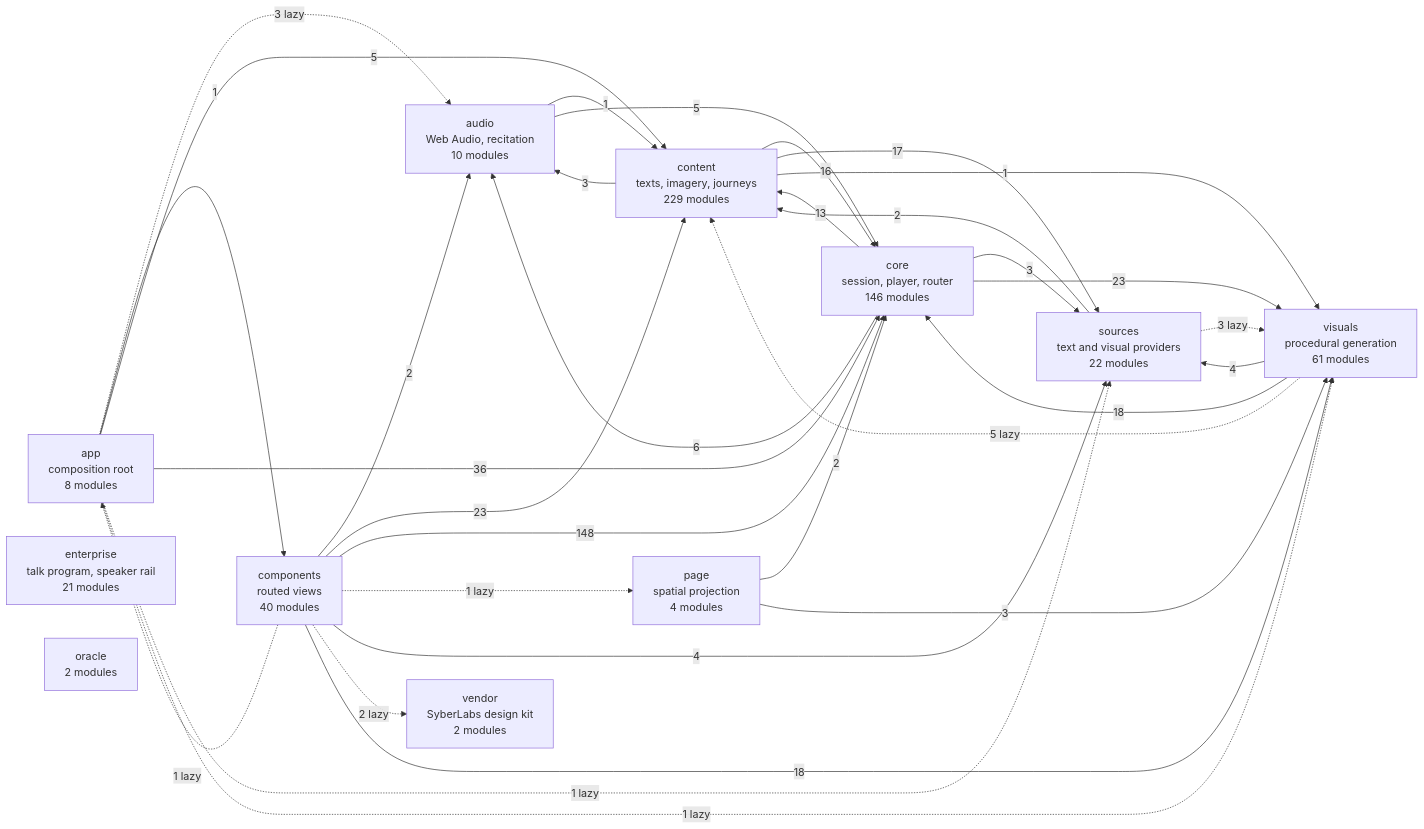
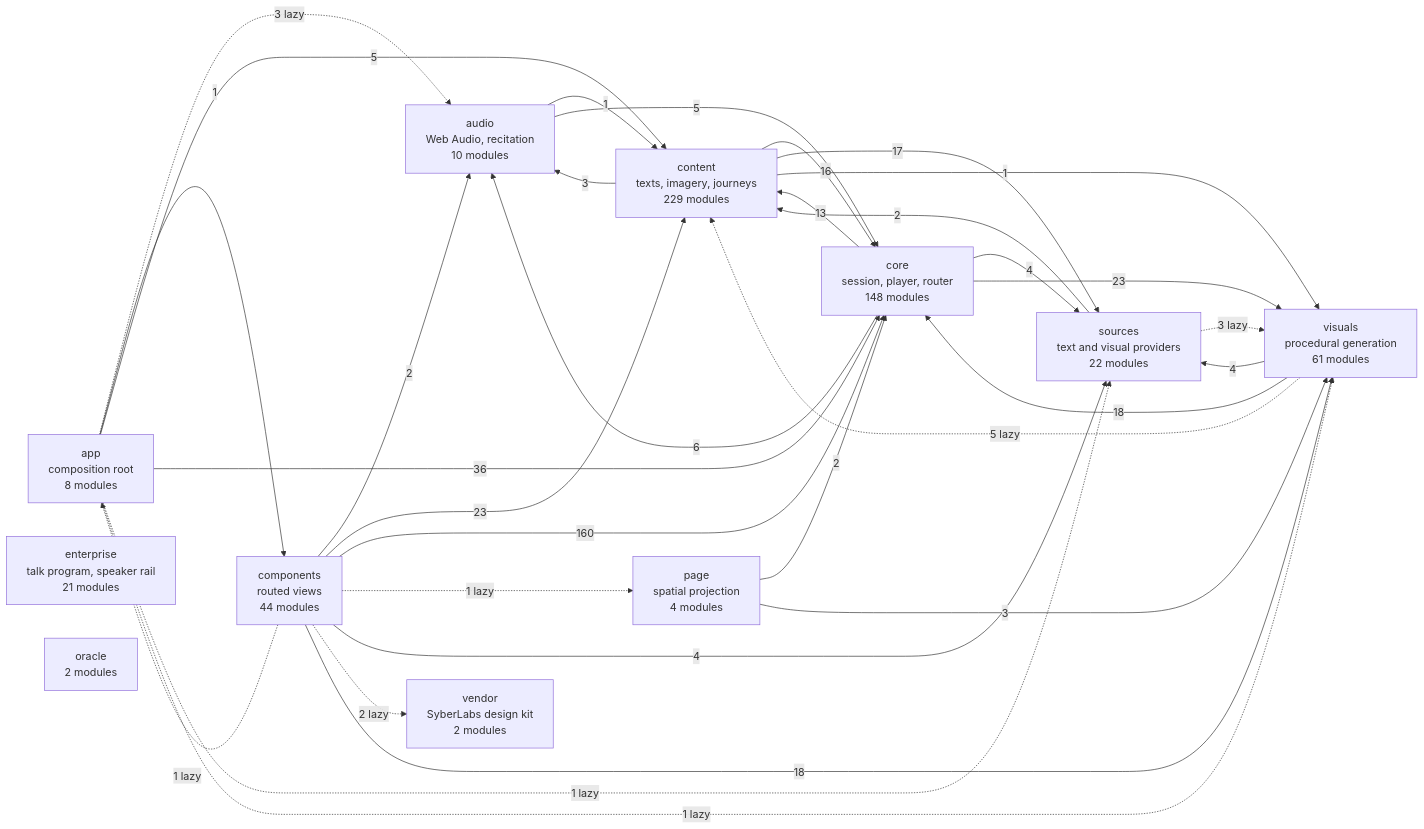
One commit to SyberLabs/RISE changed the diagram in docs/specs/ARCHITECTURE.md. Above: the diagram before and after it, drawn with Mermaid. The commit also changed 44 other files, not shown here.

First line of the commit message:
On a phone, the visual is chosen by looking at it, and a sequence is a stack of scenes (#172)

````diff
--- a/docs/specs/ARCHITECTURE.md
+++ b/docs/specs/ARCHITECTURE.md
@@ -160,46 +160,46 @@
 ```mermaid
 flowchart LR
     app["app<br/>composition root<br/>8 modules"]
     audio["audio<br/>Web Audio, recitation<br/>10 modules"]
-    components["components<br/>routed views<br/>40 modules"]
+    components["components<br/>routed views<br/>44 modules"]
     content["content<br/>texts, imagery, journeys<br/>229 modules"]
-    core["core<br/>session, player, router<br/>146 modules"]
+    core["core<br/>session, player, router<br/>148 modules"]
     enterprise["enterprise<br/>talk program, speaker rail<br/>21 modules"]
     oracle["oracle<br/>2 modules"]
     page["page<br/>spatial projection<br/>4 modules"]
     sources["sources<br/>text and visual providers<br/>22 modules"]
     vendor["vendor<br/>SyberLabs design kit<br/>2 modules"]
     visuals["visuals<br/>procedural generation<br/>61 modules"]
 
     app -.-> |3 lazy| audio
     app --> |1| components
     app --> |5| content
     app --> |36| core
     app -.-> |1 lazy| sources
     app -.-> |1 lazy| visuals
     audio --> |1| content
     audio --> |5| core
     components -.-> |1 lazy| app
     components --> |2| audio
     components --> |23| content
-    components --> |148| core
+    components --> |160| core
     components -.-> |1 lazy| page
     components --> |4| sources
     components -.-> |2 lazy| vendor
     components --> |18| visuals
     content --> |3| audio
     content --> |16| core
     content --> |17| sources
     content --> |1| visuals
     core --> |6| audio
     core --> |13| content
-    core --> |3| sources
+    core --> |4| sources
     core --> |23| visuals
     page --> |2| core
     page --> |3| visuals
     sources --> |2| content
     sources -.-> |3 lazy| visuals
     visuals -.-> |5 lazy| content
     visuals --> |18| core
     visuals --> |4| sources
 ```
````
